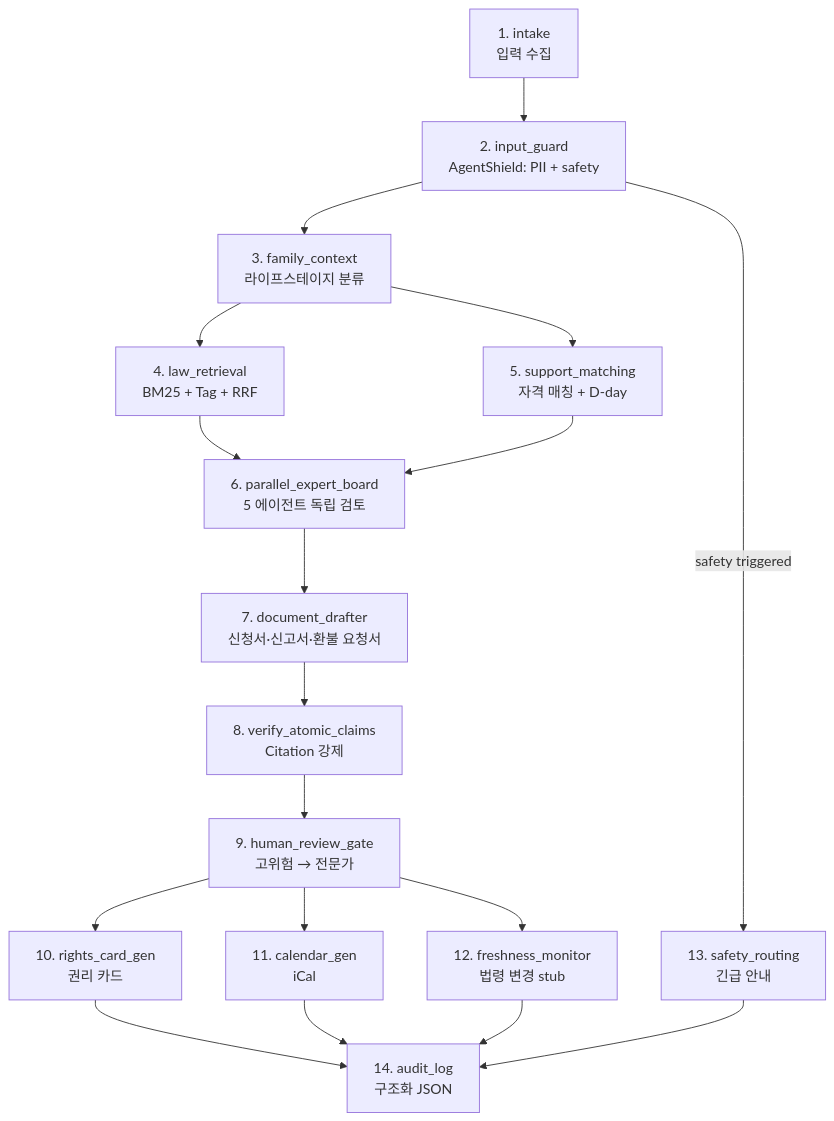
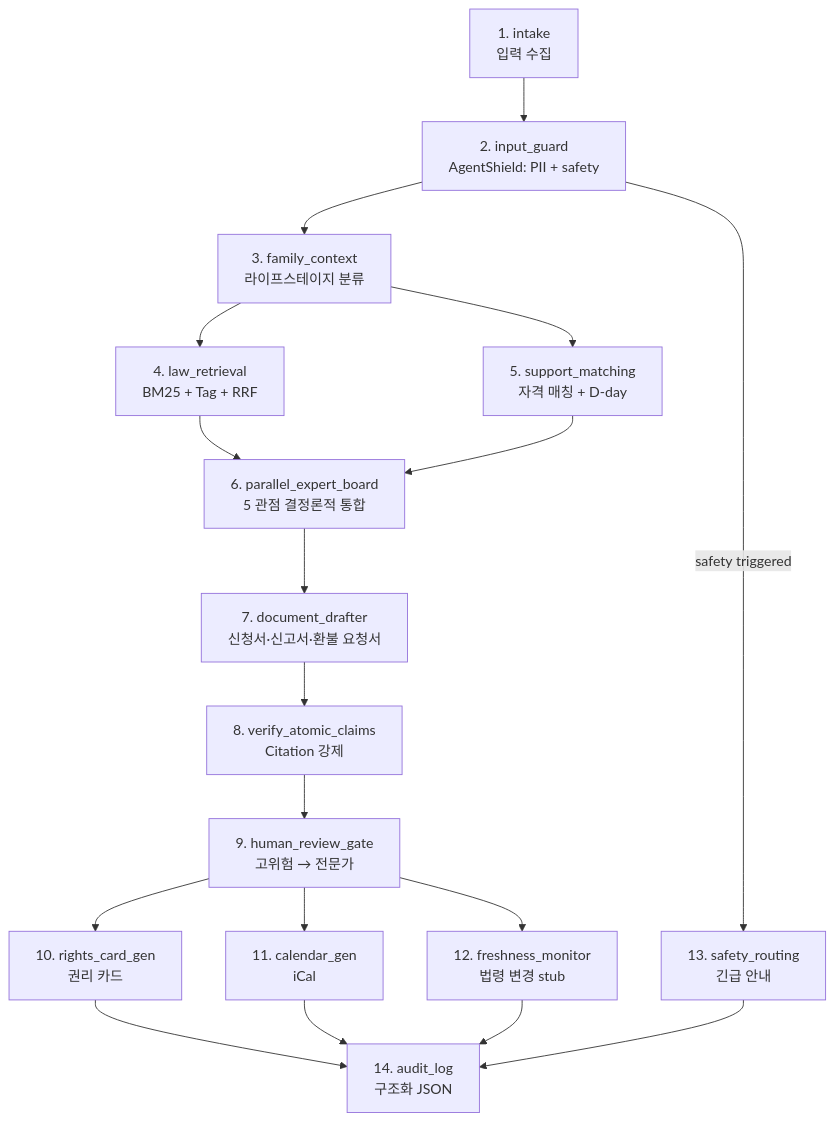
One commit to Aithor-organization/jaramlaw-agent changed the diagram in docs/architecture.md. Above: the diagram before and after it, drawn with Mermaid. The commit also changed other lines of this file and 8 other files, not shown here.

````diff
--- a/docs/architecture.md
+++ b/docs/architecture.md
@@ -5,20 +5,20 @@
 ```mermaid
 graph TD
     A[1. intake<br/>입력 수집] --> B[2. input_guard<br/>AgentShield: PII + safety]
     B -->|safety triggered| Z[13. safety_routing<br/>긴급 안내]
     B --> C[3. family_context<br/>라이프스테이지 분류]
     C --> D[4. law_retrieval<br/>BM25 + Tag + RRF]
     C --> E[5. support_matching<br/>자격 매칭 + D-day]
-    D --> F[6. parallel_expert_board<br/>5 에이전트 독립 검토]
+    D --> F[6. parallel_expert_board<br/>5 관점 결정론적 통합]
     E --> F
     F --> G[7. document_drafter<br/>신청서·신고서·환불 요청서]
     G --> H[8. verify_atomic_claims<br/>Citation 강제]
     H --> I[9. human_review_gate<br/>고위험 → 전문가]
     I --> J[10. rights_card_gen<br/>권리 카드]
     I --> K[11. calendar_gen<br/>iCal]
     I --> L[12. freshness_monitor<br/>법령 변경 stub]
     J --> M[14. audit_log<br/>구조화 JSON]
     K --> M
     L --> M
     Z --> M
 ```
````
